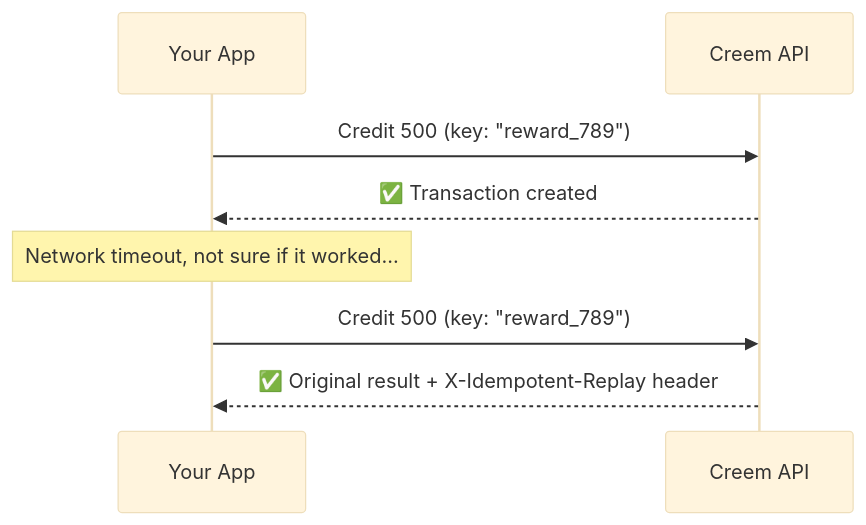
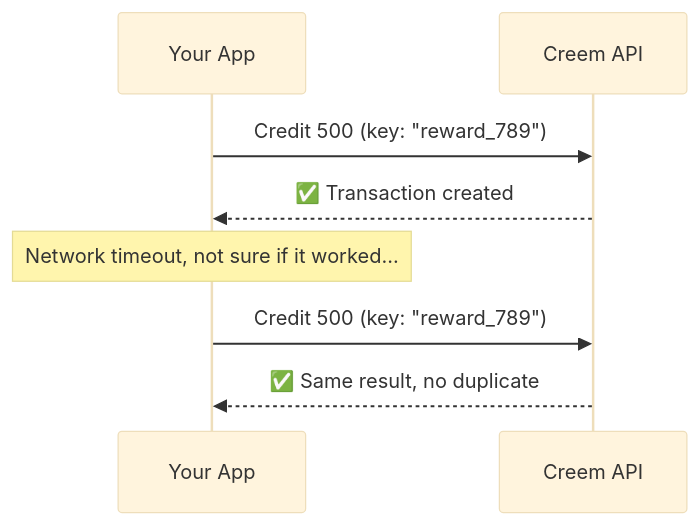
The diagram in packages/docs/features/customer-credits/transactions.mdx (armitage-labs/creem), drawn with Mermaid (base theme) before and after one commit. The commit also changed other lines of this file, not shown here.

````diff
--- a/packages/docs/features/customer-credits/transactions.mdx
+++ b/packages/docs/features/customer-credits/transactions.mdx
@@ -165,13 +175,13 @@
 ```mermaid
 sequenceDiagram
     participant App as Your App
     participant Creem as Creem API
 
     App->>Creem: Credit 500 (key: "reward_789")
     Creem-->>App: ✅ Transaction created
 
     Note over App: Network timeout, not sure if it worked...
 
     App->>Creem: Credit 500 (key: "reward_789")
-    Creem-->>App: ✅ Original result + X-Idempotent-Replay header
+    Creem-->>App: ✅ Same result, no duplicate
 ```
````
